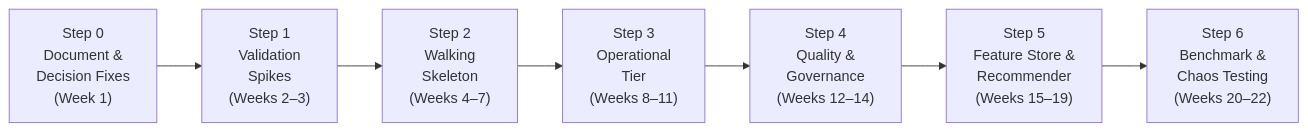
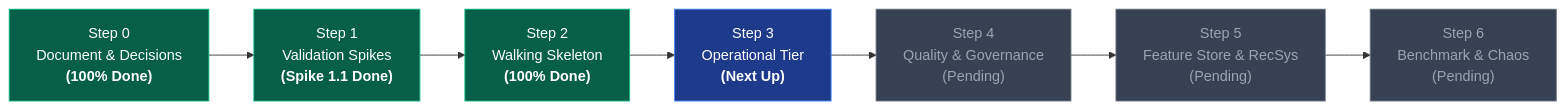
One commit to Haidendoo/ValoStream changed the first of 4 diagrams in project_step.md. Above: the diagram before and after it, drawn with Mermaid. The commit also changed other lines of this file and 15 other files, not shown here.

Commit message:
feat: implement sample realtime flow

````diff
--- a/project_step.md
+++ b/project_step.md
@@ -37,12 +37,16 @@
 ```mermaid
 flowchart LR
-    S0["Step 0\nDocument &\nDecision Fixes\n(Week 1)"]
-    S1["Step 1\nValidation\nSpikes\n(Weeks 2–3)"]
-    S2["Step 2\nWalking\nSkeleton\n(Weeks 4–7)"]
-    S3["Step 3\nOperational\nTier\n(Weeks 8–11)"]
-    S4["Step 4\nQuality &\nGovernance\n(Weeks 12–14)"]
-    S5["Step 5\nFeature Store &\nRecommender\n(Weeks 15–19)"]
-    S6["Step 6\nBenchmark &\nChaos Testing\n(Weeks 20–22)"]
+    S0["Step 0\nDocument & Decisions\n<b>(100% Done)</b>"]:::done
+    S1["Step 1\nValidation Spikes\n<b>(Spike 1.1 Done)</b>"]:::done
+    S2["Step 2\nWalking Skeleton\n<b>(100% Done)</b>"]:::done
+    S3["Step 3\nOperational Tier\n<b>(Next Up)</b>"]:::current
+    S4["Step 4\nQuality & Governance\n(Pending)"]:::pending
+    S5["Step 5\nFeature Store & RecSys\n(Pending)"]:::pending
+    S6["Step 6\nBenchmark & Chaos\n(Pending)"]:::pending
 
     S0 --> S1 --> S2 --> S3 --> S4 --> S5 --> S6
+
+    classDef done fill:#065f46,stroke:#10b981,color:#fff;
+    classDef current fill:#1e3a8a,stroke:#3b82f6,color:#fff;
+    classDef pending fill:#374151,stroke:#6b7280,color:#9ca3af;
 ```
````
